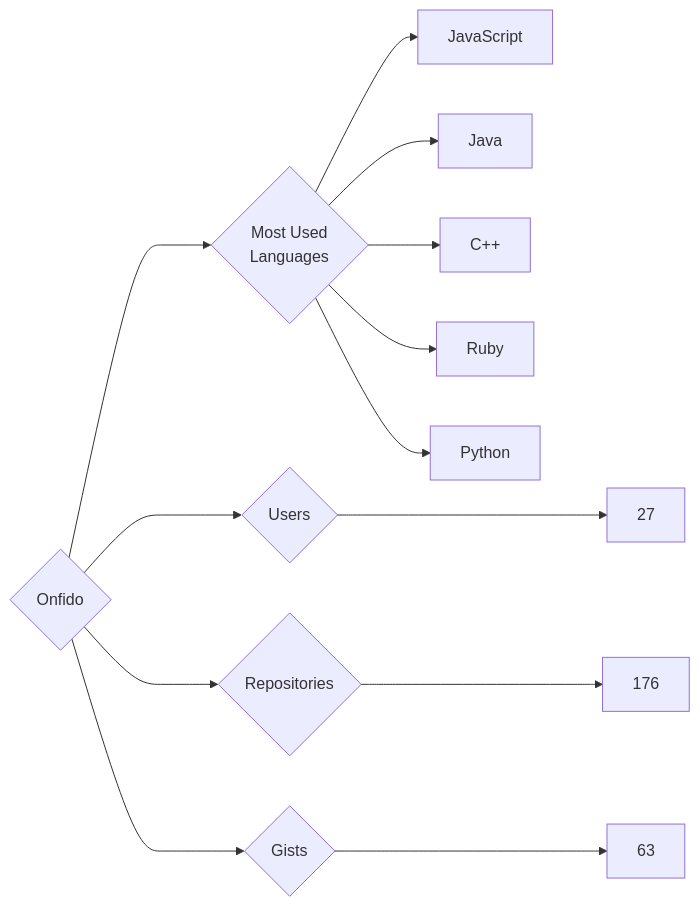
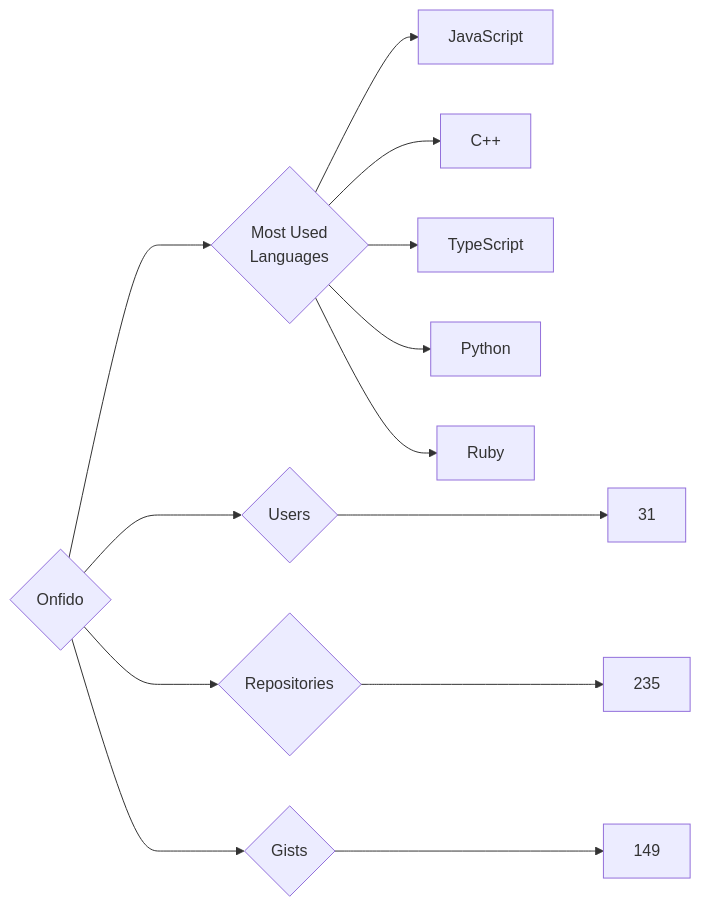
Before and after one commit to trickest/insiders: the diagram in targets/Onfido/README.md, drawn with Mermaid. The commit also changed 970 other files, not shown here.

````diff
--- a/targets/Onfido/README.md
+++ b/targets/Onfido/README.md
@@ -3,13 +3,13 @@
 ```mermaid
 graph LR
 COMPANY_NAME{Onfido}
-COMPANY_NAME ---> U{Users} ---> UN[27]
-COMPANY_NAME ---> R{Repositories} ---> RN[176]
-COMPANY_NAME ---> G{Gists} ---> GN[63]
+COMPANY_NAME ---> U{Users} ---> UN[31]
+COMPANY_NAME ---> R{Repositories} ---> RN[235]
+COMPANY_NAME ---> G{Gists} ---> GN[149]
 COMPANY_NAME ---> ML{Most Used<br>Languages}
 ML --> JavaScript[JavaScript]
-ML --> Java[Java]
 ML --> C++[C++]
+ML --> TypeScript[TypeScript]
+ML --> Python[Python]
 ML --> Ruby[Ruby]
-ML --> Python[Python]
 ```
````
